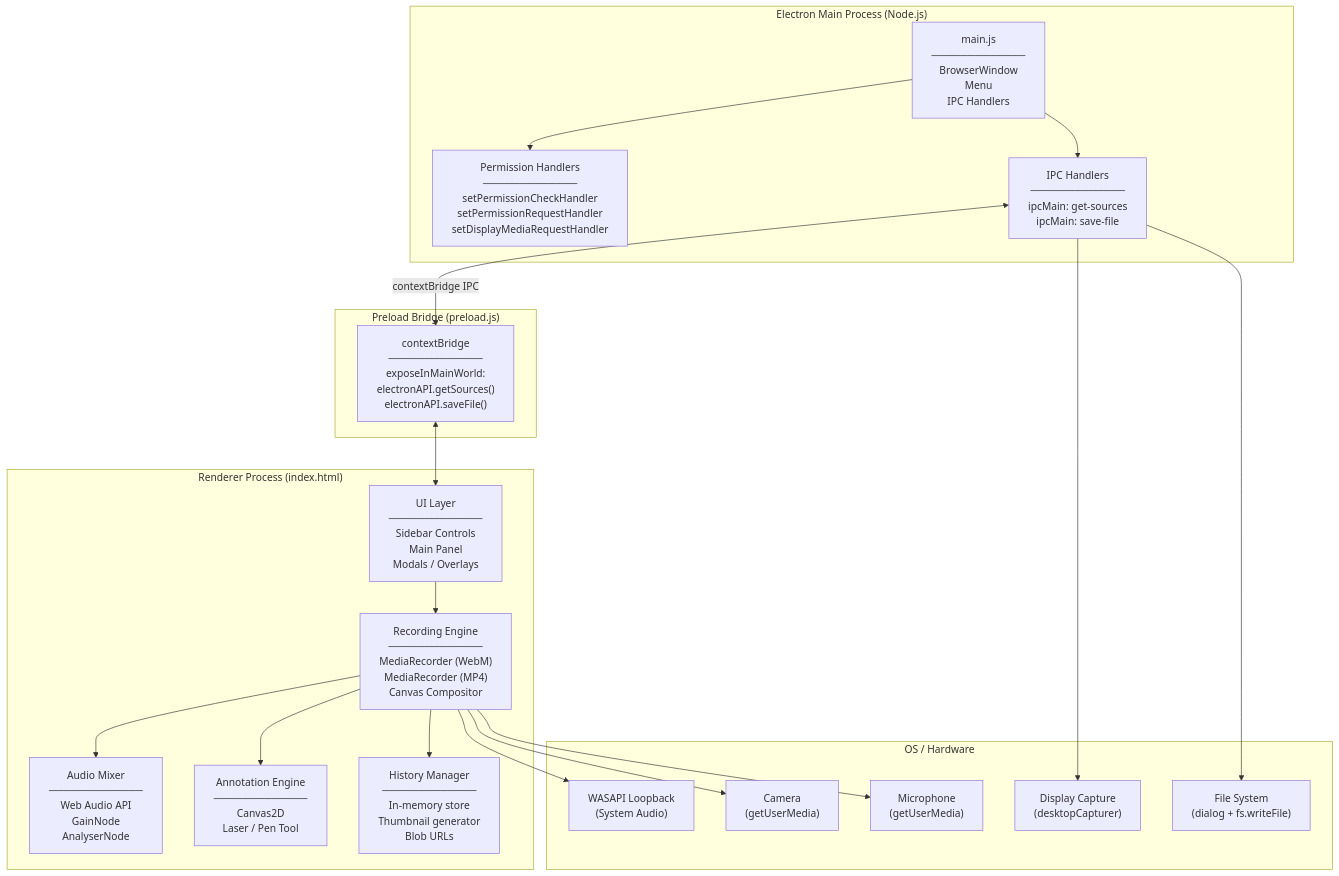
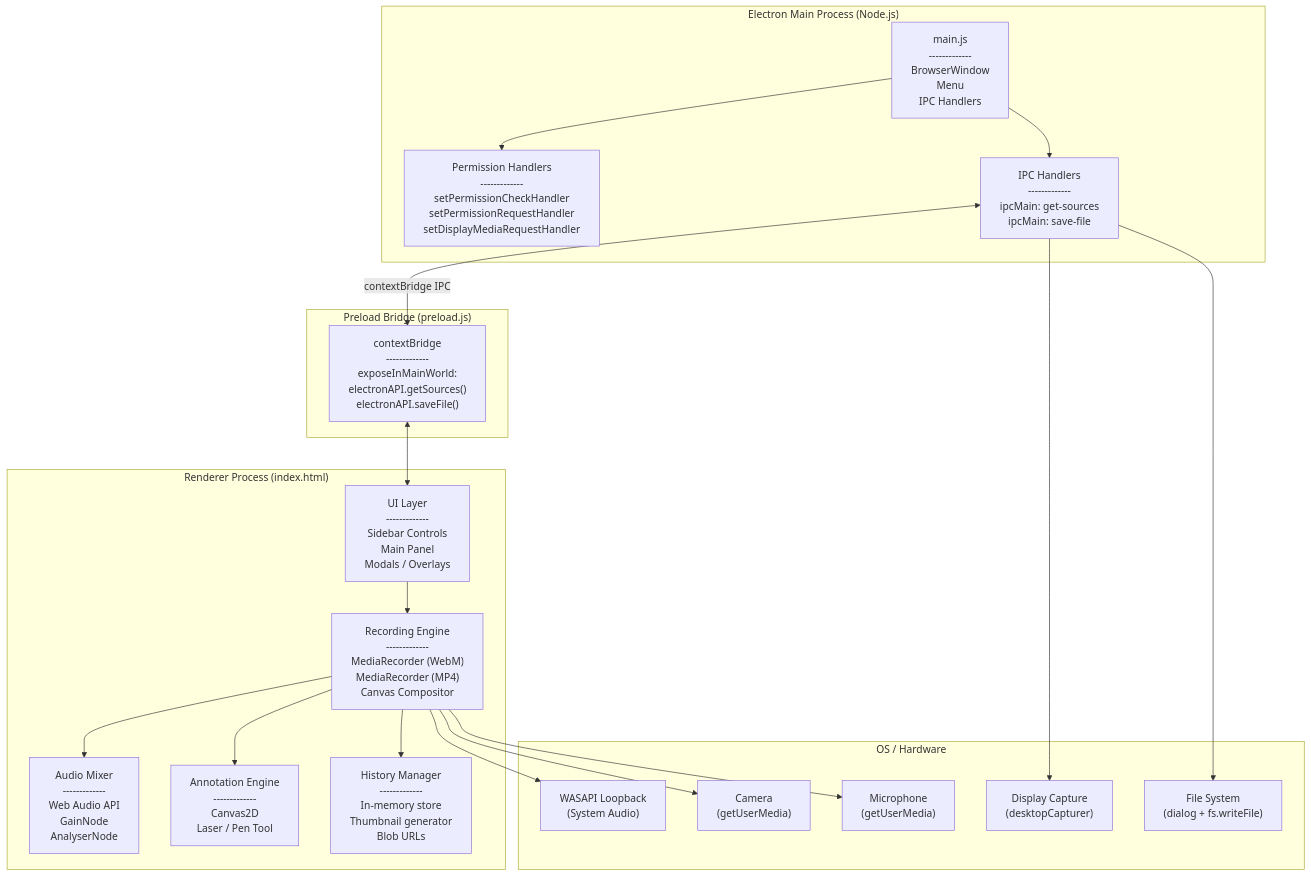
The first of 7 diagrams in README.md (arqam66/screen_recoder), drawn with Mermaid before and after one commit. The commit also changed other lines of this file, not shown here.

````diff
--- a/README.md
+++ b/README.md
@@ -54,43 +53,43 @@
 ```mermaid
 graph TB
     subgraph "Electron Main Process (Node.js)"
-        MAIN["main.js\n─────────────\nBrowserWindow\nMenu\nIPC Handlers"]
-        PERM["Permission Handlers\n─────────────\nsetPermissionCheckHandler\nsetPermissionRequestHandler\nsetDisplayMediaRequestHandler"]
-        IPC_MAIN["IPC Handlers\n─────────────\nipcMain: get-sources\nipcMain: save-file"]
+        MAIN["main.js\n-------------\nBrowserWindow\nMenu\nIPC Handlers"]
+        PERM["Permission Handlers\n-------------\nsetPermissionCheckHandler\nsetPermissionRequestHandler\nsetDisplayMediaRequestHandler"]
+        IPC_MAIN["IPC Handlers\n-------------\nipcMain: get-sources\nipcMain: save-file"]
         MAIN --> PERM
         MAIN --> IPC_MAIN
     end
 
     subgraph "Preload Bridge (preload.js)"
-        BRIDGE["contextBridge\n─────────────\nexposeInMainWorld:\n electronAPI.getSources()\n electronAPI.saveFile()"]
+        BRIDGE["contextBridge\n-------------\nexposeInMainWorld:\n electronAPI.getSources()\n electronAPI.saveFile()"]
     end
 
     subgraph "Renderer Process (index.html)"
-        UI["UI Layer\n─────────────\nSidebar Controls\nMain Panel\nModals / Overlays"]
-        REC["Recording Engine\n─────────────\nMediaRecorder (WebM)\nMediaRecorder (MP4)\nCanvas Compositor"]
-        AUDIO["Audio Mixer\n─────────────\nWeb Audio API\nGainNode\nAnalyserNode"]
-        DRAW["Annotation Engine\n─────────────\nCanvas2D\nLaser / Pen Tool"]
-        HIST["History Manager\n─────────────\nIn-memory store\nThumbnail generator\nBlob URLs"]
+        UI["UI Layer\n-------------\nSidebar Controls\nMain Panel\nModals / Overlays"]
+        REC["Recording Engine\n-------------\nMediaRecorder (WebM)\nMediaRecorder (MP4)\nCanvas Compositor"]
+        AUDIO["Audio Mixer\n-------------\nWeb Audio API\nGainNode\nAnalyserNode"]
+        DRAW["Annotation Engine\n-------------\nCanvas2D\nLaser / Pen Tool"]
+        HIST["History Manager\n-------------\nIn-memory store\nThumbnail generator\nBlob URLs"]
         UI --> REC
         REC --> AUDIO
         REC --> DRAW
         REC --> HIST
     end
 
     IPC_MAIN <-->|"contextBridge IPC"| BRIDGE
     BRIDGE <--> UI
 
     subgraph "OS / Hardware"
         SCREEN["Display Capture\n(desktopCapturer)"]
         WASAPI["WASAPI Loopback\n(System Audio)"]
         CAM["Camera\n(getUserMedia)"]
         MIC["Microphone\n(getUserMedia)"]
         FS["File System\n(dialog + fs.writeFile)"]
     end
 
     IPC_MAIN --> SCREEN
     IPC_MAIN --> FS
     REC --> WASAPI
     REC --> CAM
     REC --> MIC
 ```
````
